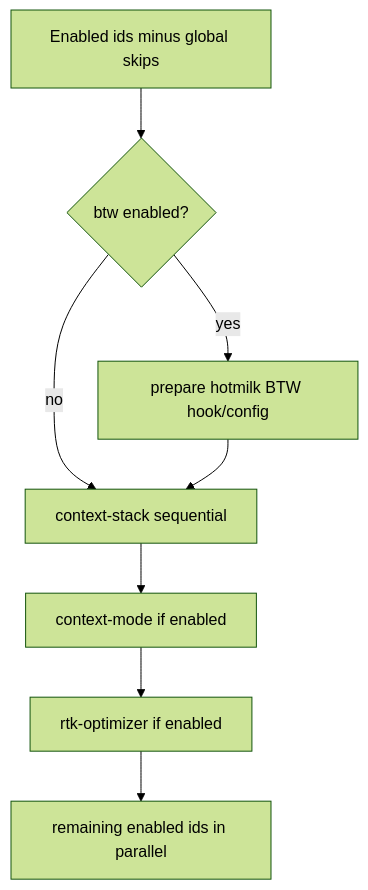
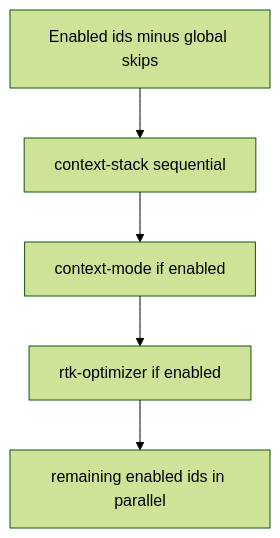
One commit to dayjobdoor/hotmilk changed the second of 3 diagrams in docs/architecture.md. Above: the diagram before and after it, drawn with Mermaid (forest theme). The commit also changed other lines of this file and 84 other files, not shown here.

````diff
--- a/docs/architecture.md
+++ b/docs/architecture.md
@@ -44,10 +43,7 @@
 ```mermaid
 flowchart TD
-  enabled[Enabled ids minus global skips] --> prep{"btw enabled?"}
-  prep -->|yes| hook["prepare hotmilk BTW hook/config"]
-  prep -->|no| stack
-  hook --> stack["context-stack sequential"]
+  enabled[Enabled ids minus global skips] --> stack["context-stack sequential"]
   stack --> cm["context-mode if enabled"]
   cm --> rtk["rtk-optimizer if enabled"]
   rtk --> parallel["remaining enabled ids in parallel"]
 ```
````
